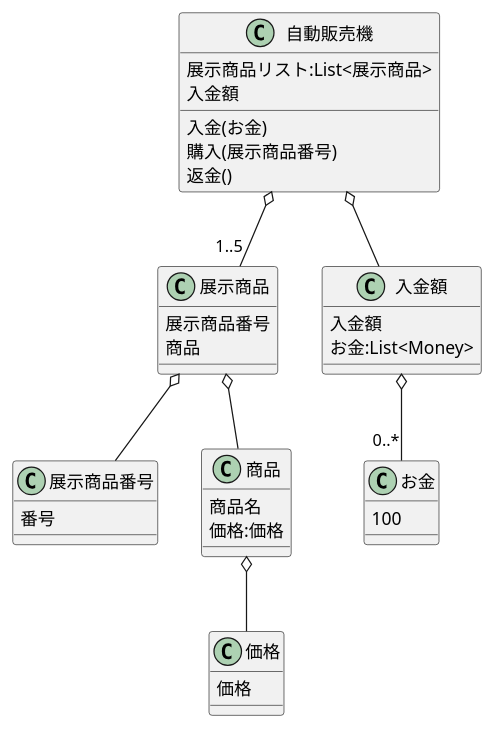
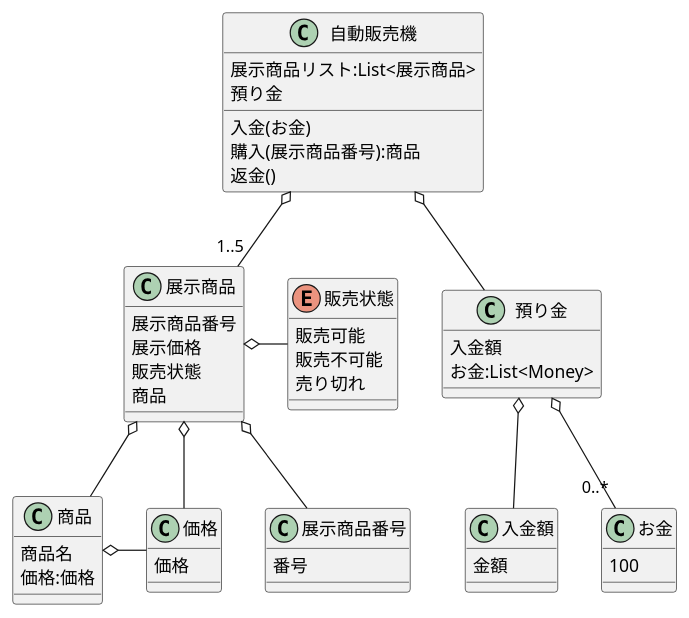
Before and after one commit to TakashiOnawa/ModelingPractice-VendingMachine: the diagram in modeling/DomainModel.md, drawn with PlantUML. The commit also changed 6 other files, not shown here.

````diff
--- a/modeling/DomainModel.md
+++ b/modeling/DomainModel.md
@@ -1,52 +1,69 @@
 ```puml
 @startuml
 class 自動販売機
 {
     展示商品リスト:List<展示商品>
-    入金額
+    預り金
     入金(お金)
-    購入(展示商品番号)
+    購入(展示商品番号):商品
     返金()
 }
 
 class 展示商品
 {
     展示商品番号
+    展示価格
+    販売状態
     商品
 }
 
 class 展示商品番号
 {
     番号
 }
 
+enum 販売状態
+{
+    販売可能
+    販売不可能
+    売り切れ
+}
+
 class 商品
 {
     商品名
     価格:価格
 }
 
-class 入金額
+class 預り金
 {
     入金額
     お金:List<Money>
+}
+
+class 入金額
+{
+    金額
 }
 
 class お金
 {
     100
 }
 
 class 価格
 {
     価格
 }
 
 自動販売機 o-- "1..5" 展示商品
-自動販売機 o-- 入金額
+自動販売機 o-- 預り金
 展示商品 o-- 展示商品番号
+展示商品 o- 販売状態
+展示商品 o-- 価格
 展示商品 o-- 商品
-入金額 o-- "0..*" お金
-商品 o-- 価格
+預り金 o-- "0..*" お金
+預り金 o-- 入金額
+商品 o- 価格
 @enduml
 ```
````
